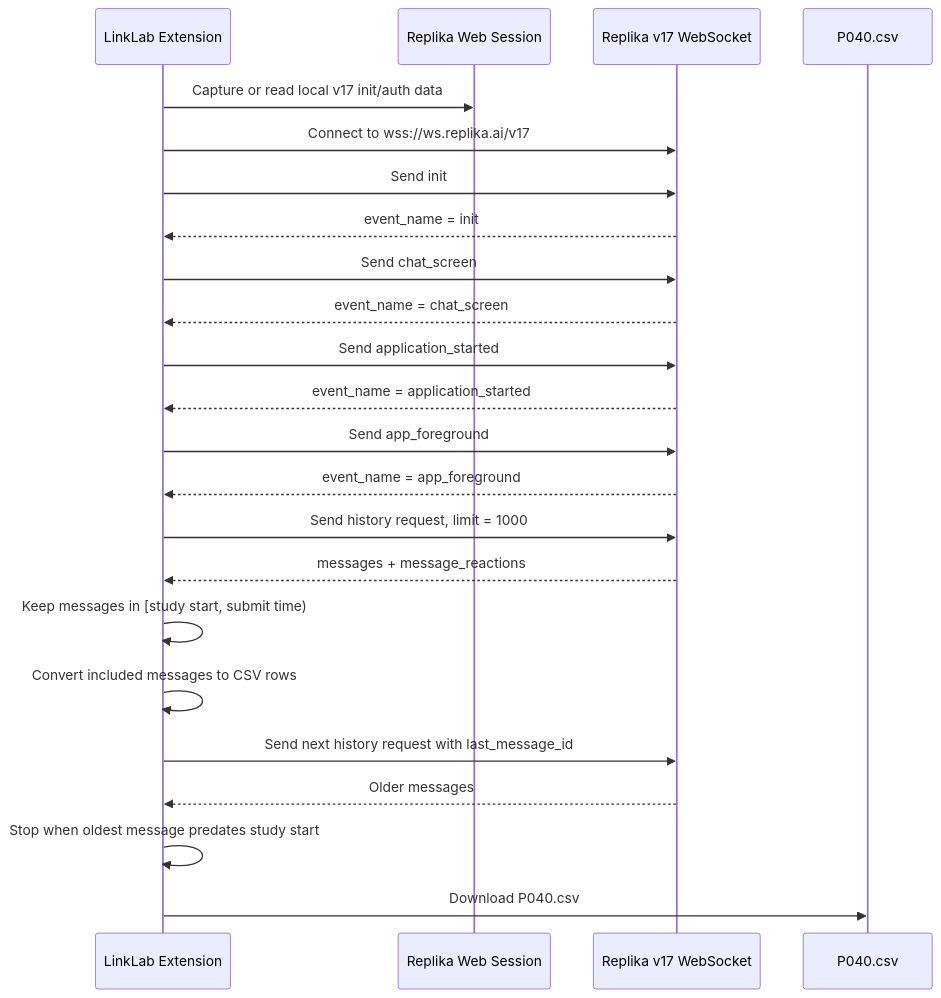
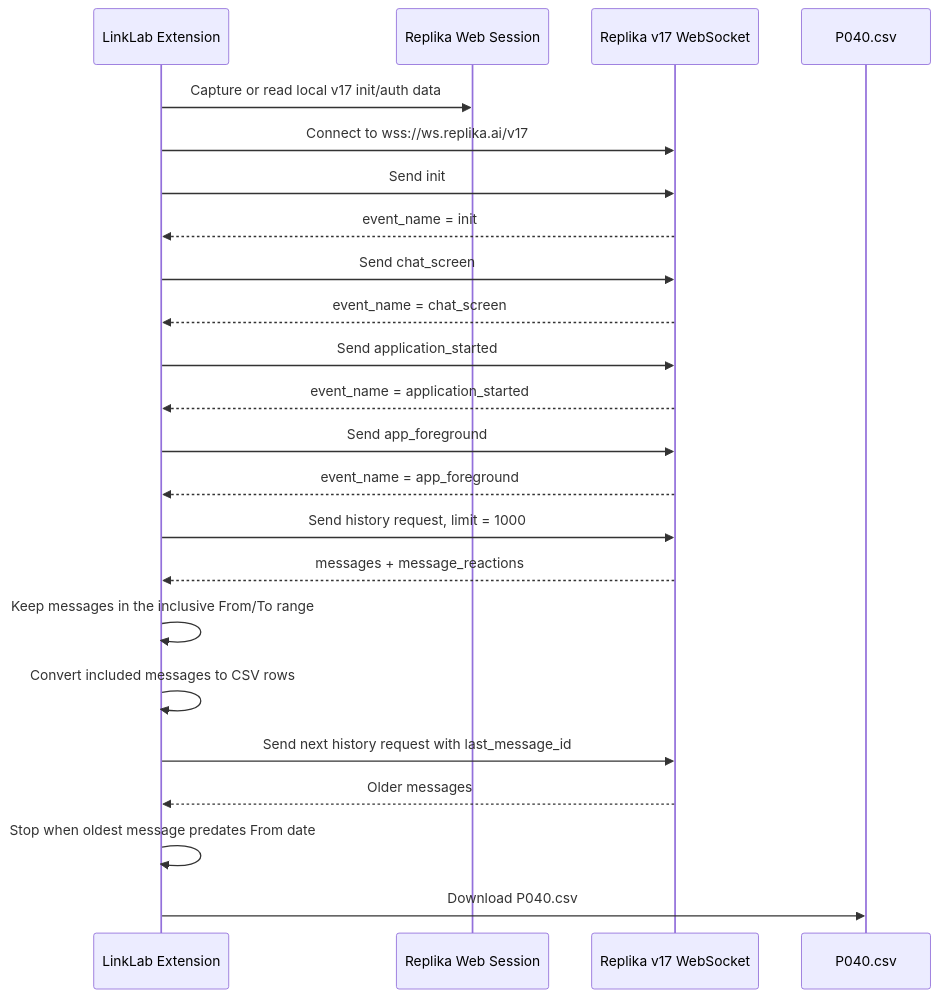
The third of 7 diagrams in replika-online-export-visual-workflow.md (PengLin-Zilv/CompanionLink), drawn with Mermaid before and after one commit. The commit also changed other lines of this file and 10 other files, not shown here.

````diff
--- a/replika-online-export-visual-workflow.md
+++ b/replika-online-export-visual-workflow.md
@@ -113,32 +113,32 @@
 ```mermaid
 sequenceDiagram
     participant Ext as LinkLab Extension
     participant Web as Replika Web Session
     participant WS as Replika v17 WebSocket
     participant CSV as P040.csv
 
     Ext->>Web: Capture or read local v17 init/auth data
     Ext->>WS: Connect to wss://ws.replika.ai/v17
     Ext->>WS: Send init
     WS-->>Ext: event_name = init
 
     Ext->>WS: Send chat_screen
     WS-->>Ext: event_name = chat_screen
 
     Ext->>WS: Send application_started
     WS-->>Ext: event_name = application_started
 
     Ext->>WS: Send app_foreground
     WS-->>Ext: event_name = app_foreground
 
     Ext->>WS: Send history request, limit = 1000
     WS-->>Ext: messages + message_reactions
 
-    Ext->>Ext: Keep messages in [study start, submit time)
+    Ext->>Ext: Keep messages in the inclusive From/To range
     Ext->>Ext: Convert included messages to CSV rows
     Ext->>WS: Send next history request with last_message_id
     WS-->>Ext: Older messages
 
-    Ext->>Ext: Stop when oldest message predates study start
+    Ext->>Ext: Stop when oldest message predates From date
     Ext->>CSV: Download P040.csv
 ```
````
